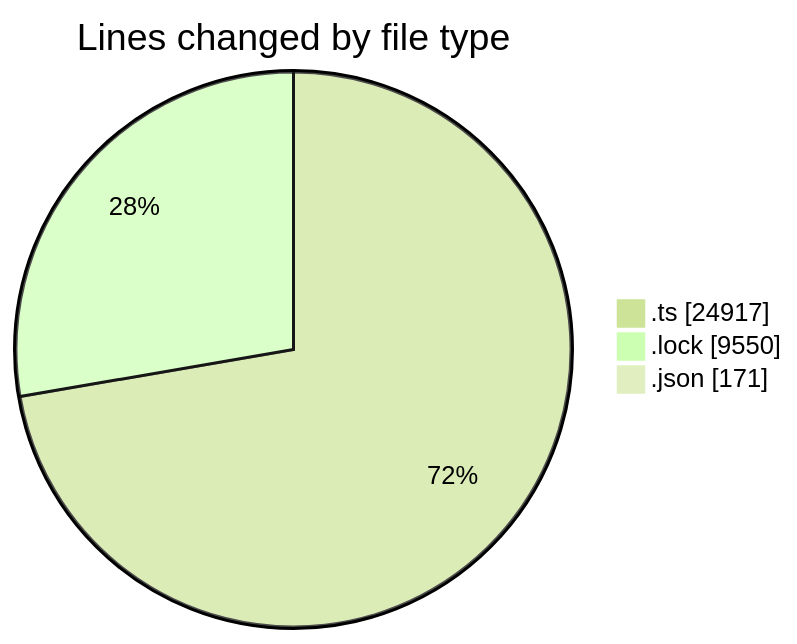
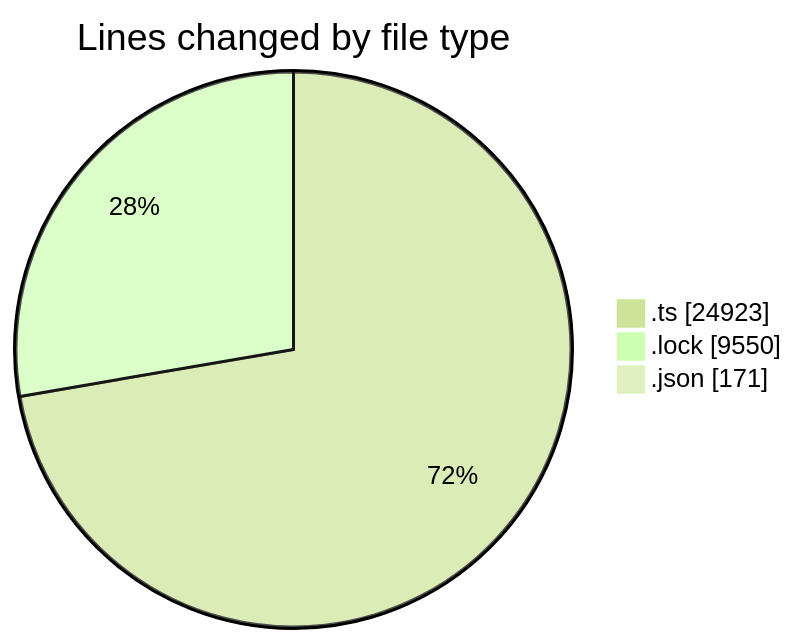
The first of 2 diagrams in 2025-10-30/cda/README.md (momahboobian/code-tracking), drawn with Mermaid (forest theme) before and after one commit. The commit also changed other lines of this file and 1 other file, not shown here.

````diff
--- a/2025-10-30/cda/README.md
+++ b/2025-10-30/cda/README.md
@@ -29,7 +29,7 @@
 ```mermaid
 pie showData
 title Lines changed by file type
-".ts" : 24917
+".ts" : 24923
 ".lock" : 9550
 ".json" : 171
 ```
````
